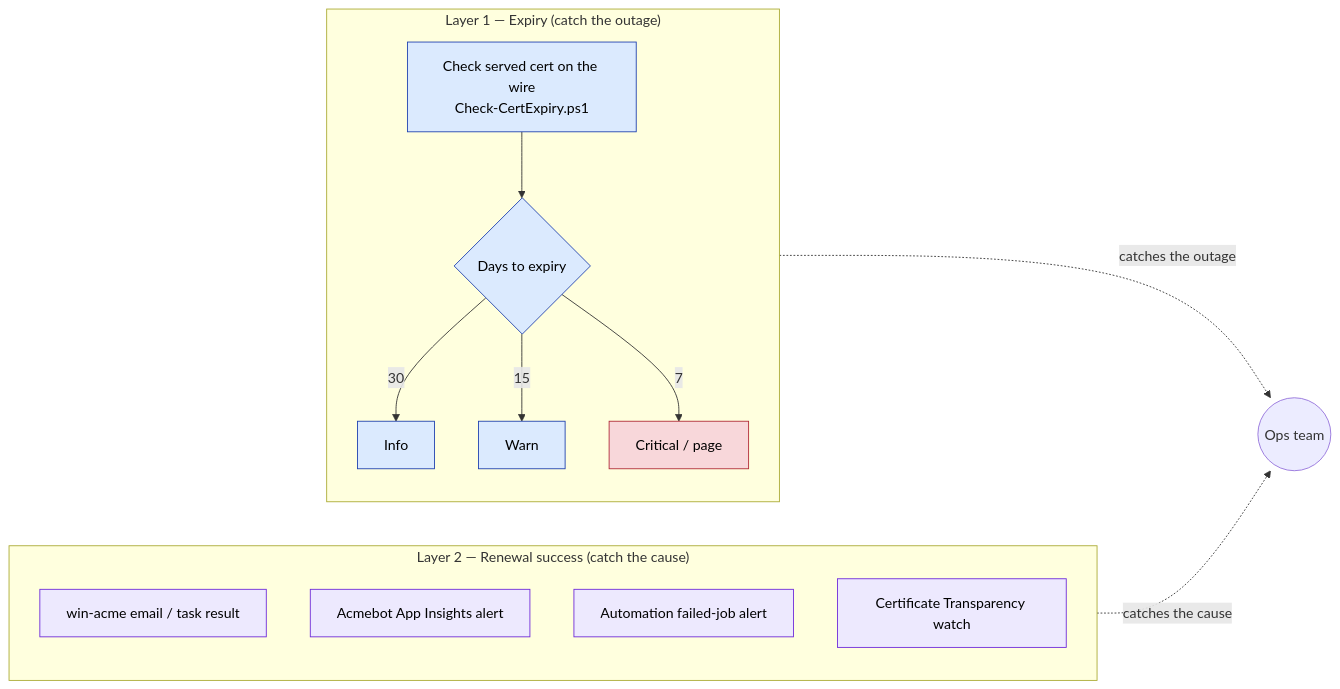
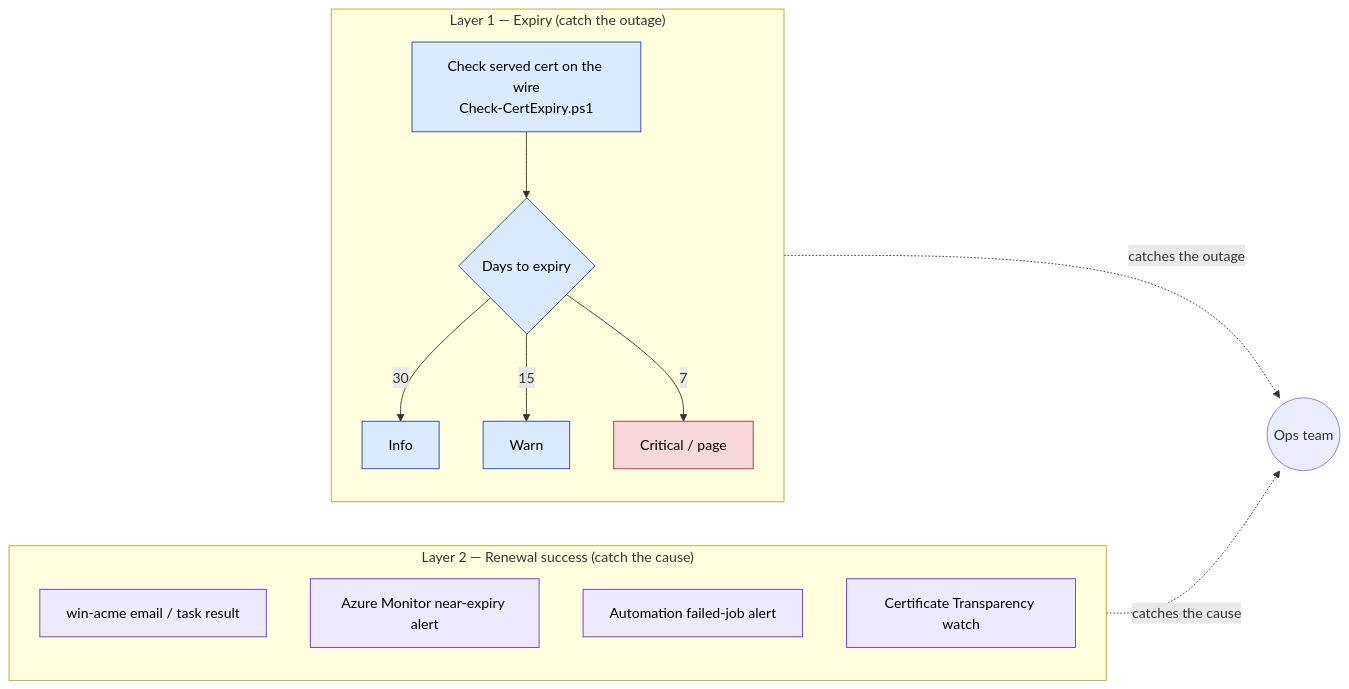
One commit to xphox2/Cert-Man-Windows changed the diagram in 06-Monitoring-and-Alerting.md. Above: the diagram before and after it, drawn with Mermaid. The commit also changed other lines of this file and 19 other files, not shown here.

Commit message:
Drop third-party Acmebot; Azure LE = our Posh-ACME runbook (v0.1.21)

````diff
--- a/06-Monitoring-and-Alerting.md
+++ b/06-Monitoring-and-Alerting.md
@@ -9,24 +9,24 @@
 ```mermaid
 flowchart LR
     subgraph L1["Layer 1 — Expiry (catch the outage)"]
         A1["Check served cert on the wire<br/>Check-CertExpiry.ps1"] --> A2{Days to expiry}
         A2 -->|30| I[Info]
         A2 -->|15| W[Warn]
         A2 -->|7| Cr[Critical / page]
     end
     subgraph L2["Layer 2 — Renewal success (catch the cause)"]
         B1[win-acme email / task result]
-        B2[Acmebot App Insights alert]
+        B2[Azure Monitor near-expiry alert]
         B3[Automation failed-job alert]
         B4[Certificate Transparency watch]
     end
     L1 -. catches the outage .-> Ops((Ops team))
     L2 -. catches the cause .-> Ops
 
     classDef l1 fill:#dbeafe,stroke:#1e40af,color:#000000;
     classDef l2 fill:#ede9fe,stroke:#6d28d9,color:#000000;
     classDef crit fill:#f8d7da,stroke:#b02a37,color:#000000;
     class A1,A2,I,W l1;
     class B1,B2,B3,B4 l2;
     class Cr crit;
 ```
````
